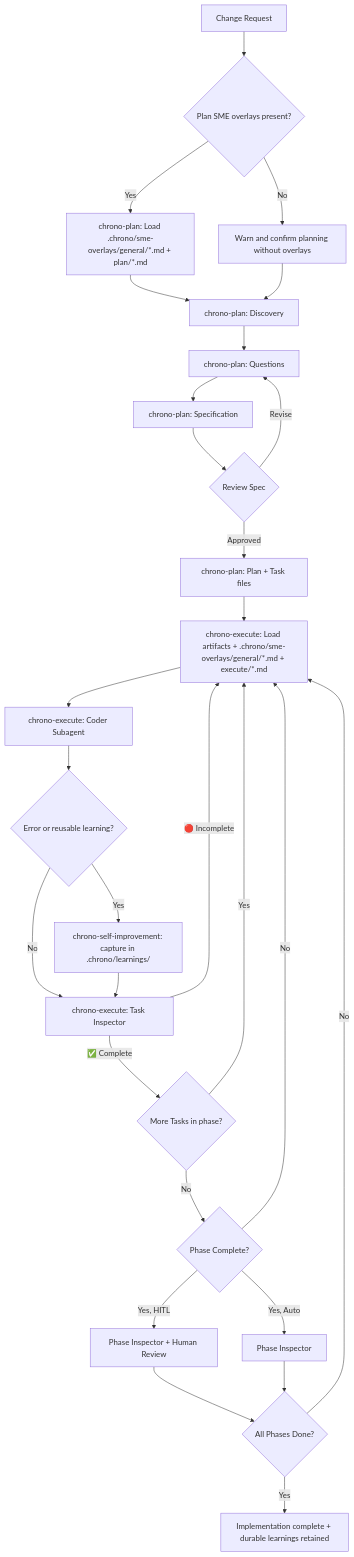
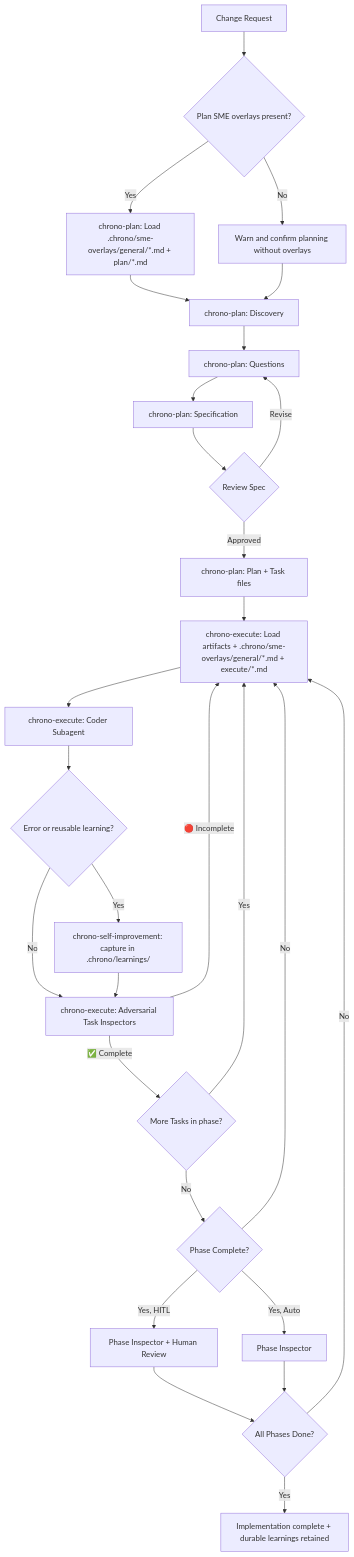
One commit to ngagne/chrono changed the diagram in README.md. Above: the diagram before and after it, drawn with Mermaid. The commit also changed other lines of this file and 1 other file, not shown here.

Commit message:
add adversarial review during task inspection

````diff
--- a/README.md
+++ b/README.md
@@ -275,30 +276,30 @@
 ```mermaid
 graph TD
    A[Change Request] --> B{Plan SME overlays present?}
    B -->|Yes| C[chrono-plan: Load .chrono/sme-overlays/general/*.md + plan/*.md]
    B -->|No| D[Warn and confirm planning without overlays]
    C --> E[chrono-plan: Discovery]
    D --> E
    E --> F[chrono-plan: Questions]
    F --> G[chrono-plan: Specification]
    G --> H{Review Spec}
    H -->|Approved| I[chrono-plan: Plan + Task files]
    H -->|Revise| F
    I --> J[chrono-execute: Load artifacts + .chrono/sme-overlays/general/*.md + execute/*.md]
    J --> K[chrono-execute: Coder Subagent]
    K --> L{Error or reusable learning?}
    L -->|Yes| M[chrono-self-improvement: capture in .chrono/learnings/]
-   L -->|No| N[chrono-execute: Task Inspector]
+   L -->|No| N[chrono-execute: Adversarial Task Inspectors]
    M --> N
    N -->|✅ Complete| O{More Tasks in phase?}
    N -->|🔴 Incomplete| J
    O -->|Yes| J
    O -->|No| P{Phase Complete?}
    P -->|Yes, HITL| Q[Phase Inspector + Human Review]
    P -->|Yes, Auto| R[Phase Inspector]
    P -->|No| J
    Q --> S{All Phases Done?}
    R --> S
    S -->|Yes| T[Implementation complete + durable learnings retained]
    S -->|No| J
 ```
````
